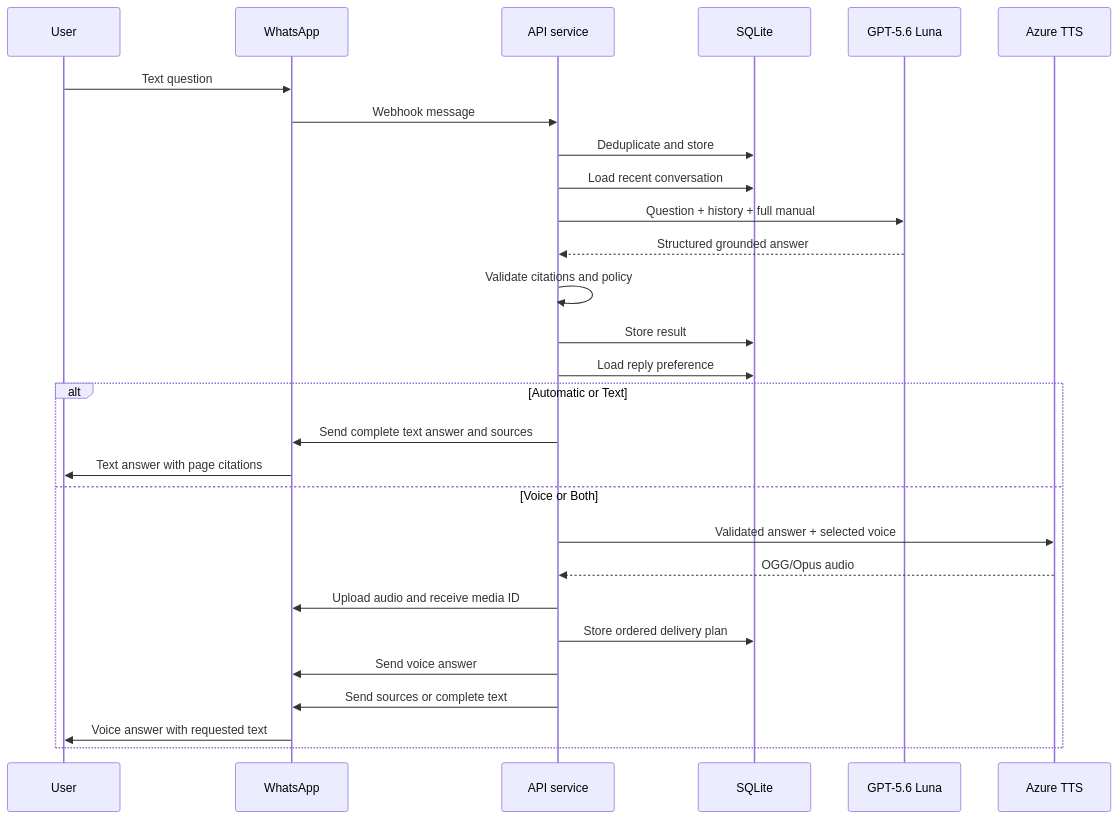
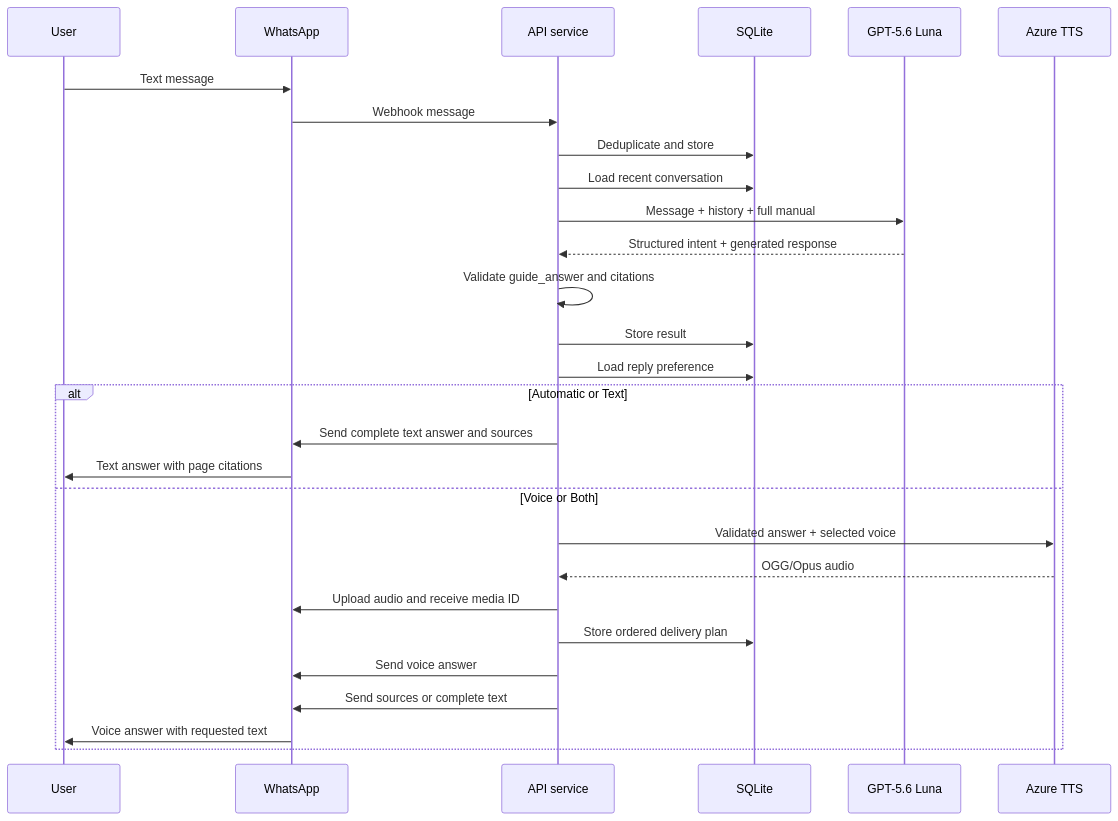
Before and after one commit to TheADHDTechie/SAGE: the second of 5 diagrams in SOLUTION-DESIGN.md, drawn with Mermaid. The commit also changed other lines of this file and 17 other files, not shown here.

First line of the commit message:
feat: unify AI intent and response routing

````diff
--- a/SOLUTION-DESIGN.md
+++ b/SOLUTION-DESIGN.md
@@ -547,31 +557,31 @@
 ```mermaid
 sequenceDiagram
     participant U as User
     participant W as WhatsApp
     participant A as API service
     participant D as SQLite
     participant L as GPT-5.6 Luna
     participant S as Azure TTS
 
-    U->>W: Text question
+    U->>W: Text message
     W->>A: Webhook message
     A->>D: Deduplicate and store
     A->>D: Load recent conversation
-    A->>L: Question + history + full manual
-    L-->>A: Structured grounded answer
-    A->>A: Validate citations and policy
+    A->>L: Message + history + full manual
+    L-->>A: Structured intent + generated response
+    A->>A: Validate guide_answer and citations
     A->>D: Store result
     A->>D: Load reply preference
     alt Automatic or Text
         A->>W: Send complete text answer and sources
         W->>U: Text answer with page citations
     else Voice or Both
         A->>S: Validated answer + selected voice
         S-->>A: OGG/Opus audio
         A->>W: Upload audio and receive media ID
         A->>D: Store ordered delivery plan
         A->>W: Send voice answer
         A->>W: Send sources or complete text
         W->>U: Voice answer with requested text
     end
 ```
````
